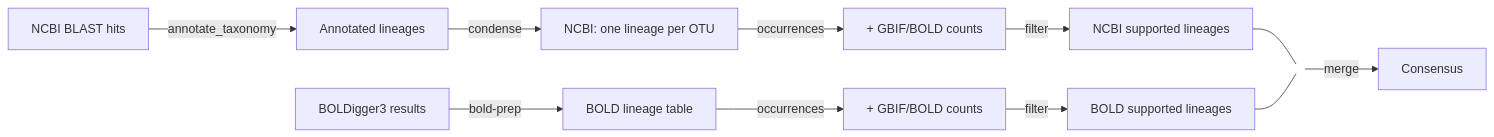
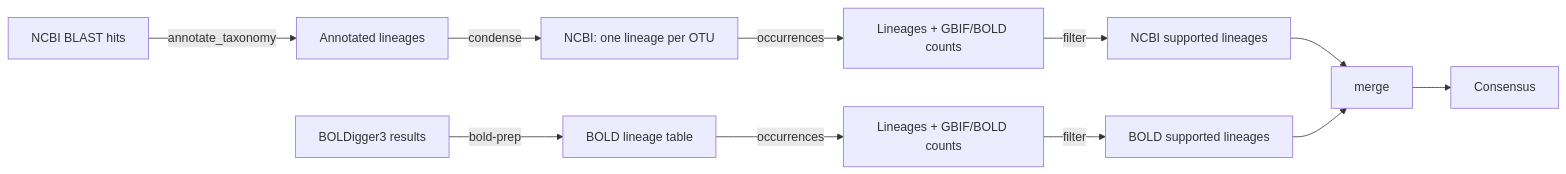
One commit to sararsampaio/taxcord changed the diagram in README.md. Above: the diagram before and after it, drawn with Mermaid.

Commit message:
Fix pipeline diagram: visible merge node, clearer labels

````diff
--- a/README.md
+++ b/README.md
@@ -22,17 +22,15 @@
 ```mermaid
 flowchart LR
     A[NCBI BLAST hits] -->|annotate_taxonomy| B[Annotated lineages]
     B -->|condense| C[NCBI: one lineage per OTU]
-    C -->|occurrences| D[+ GBIF/BOLD counts]
+    C -->|occurrences| D[Lineages + GBIF/BOLD counts]
     D -->|filter| E[NCBI supported lineages]
 
     A2[BOLDigger3 results] -->|bold-prep| C2[BOLD lineage table]
-    C2 -->|occurrences| D2[+ GBIF/BOLD counts]
+    C2 -->|occurrences| D2[Lineages + GBIF/BOLD counts]
     D2 -->|filter| E2[BOLD supported lineages]
 
-    E --- J(( ))
-    E2 --- J(( ))
-    J -->|merge| F[Consensus]
-
-    style J fill:none,stroke:none
+    E --> M[merge]
+    E2 --> M[merge]
+    M --> F[Consensus]
 ```
````
